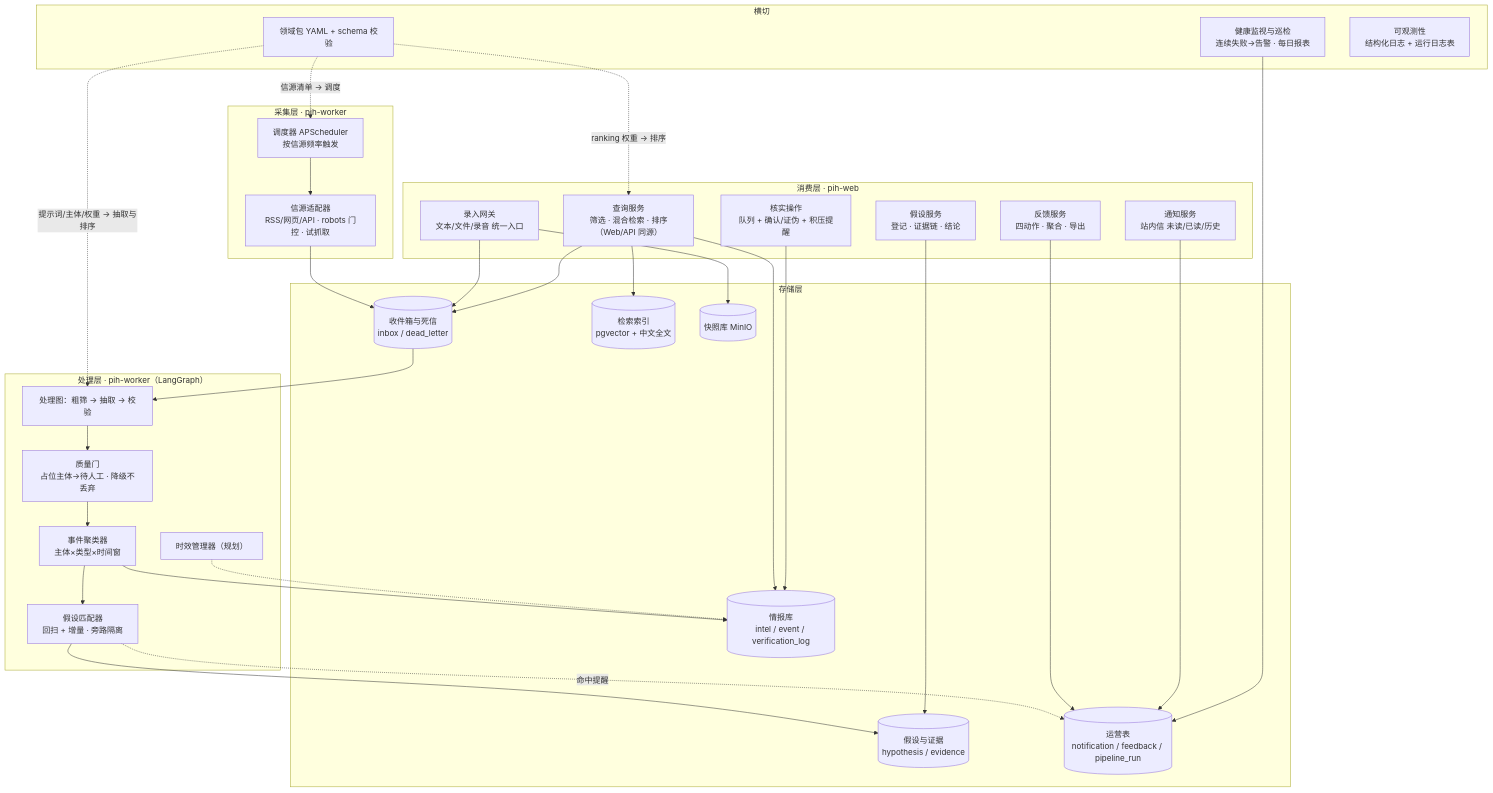
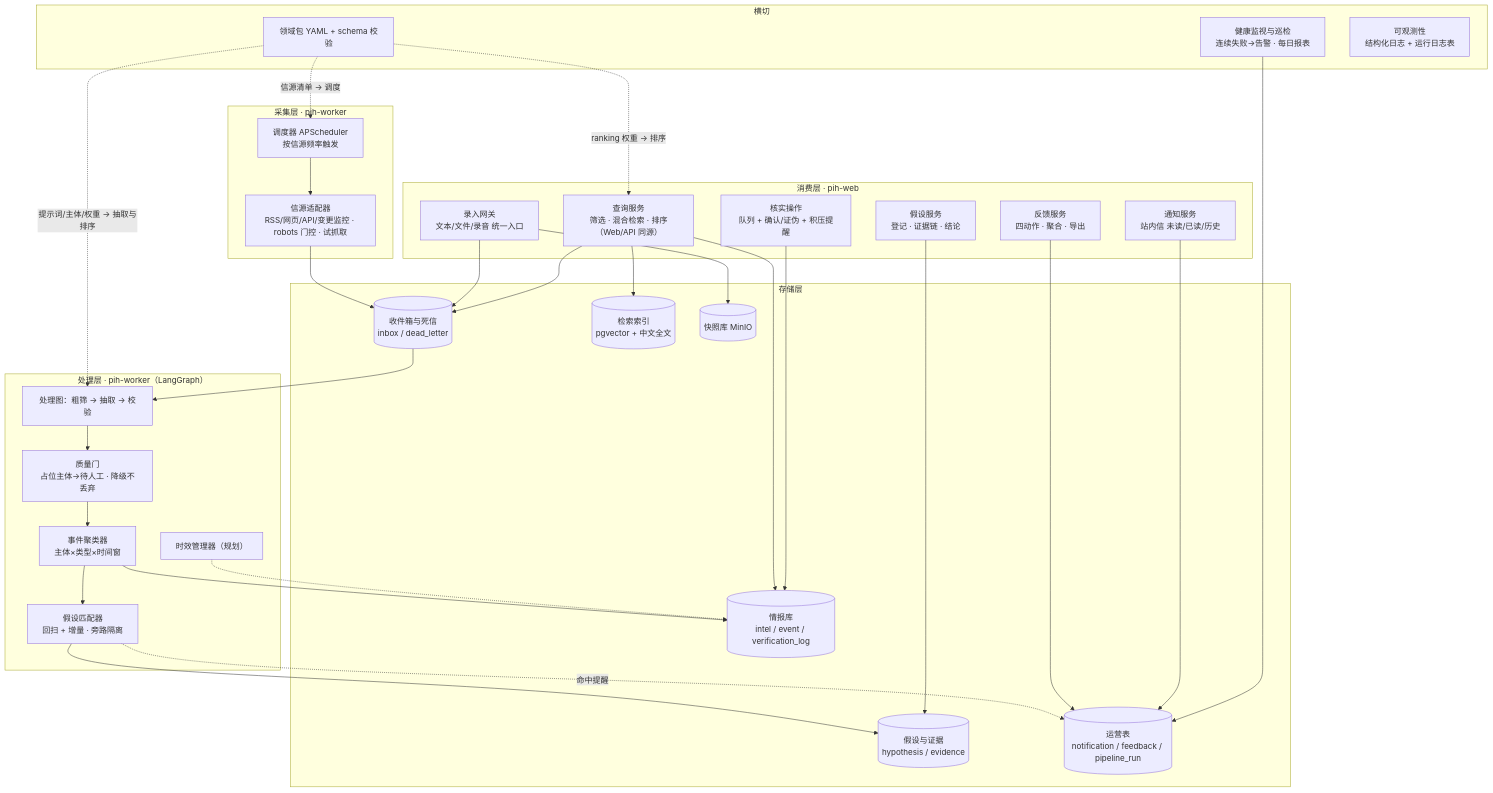
Before and after one commit to leoricmaster/pih: the third of 10 diagrams in backlog/docs/doc-2 - 架构设计-Architecture.md, drawn with Mermaid. The commit also changed other lines of this file and 3 other files, not shown here.

````diff
--- a/backlog/docs/doc-2 - 架构设计-Architecture.md
+++ b/backlog/docs/doc-2 - 架构设计-Architecture.md
@@ -107,52 +107,52 @@
 ```mermaid
 flowchart TB
     subgraph CONSUME["消费层 · pih-web"]
         QS["查询服务<br/>筛选 · 混合检索 · 排序（Web/API 同源）"]
         VF["核实操作<br/>队列 + 确认/证伪 + 积压提醒"]
         HP["假设服务<br/>登记 · 证据链 · 结论"]
         IGW["录入网关<br/>文本/文件/录音 统一入口"]
         FB["反馈服务<br/>四动作 · 聚合 · 导出"]
         NT["通知服务<br/>站内信 未读/已读/历史"]
     end
     subgraph STORE["存储层"]
         IL[("情报库<br/>intel / event / verification_log")]
         HY[("假设与证据<br/>hypothesis / evidence")]
         IB[("收件箱与死信<br/>inbox / dead_letter")]
         IX[("检索索引<br/>pgvector + 中文全文")]
         OPS[("运营表<br/>notification / feedback / pipeline_run")]
         SN[("快照库 MinIO")]
     end
     subgraph PROCESS["处理层 · pih-worker（LangGraph）"]
         GR["处理图：粗筛 → 抽取 → 校验"]
         QG["质量门<br/>占位主体→待人工 · 降级不丢弃"]
         CL["事件聚类器<br/>主体×类型×时间窗"]
         HM["假设匹配器<br/>回扫 + 增量 · 旁路隔离"]
         TM["时效管理器（规划）"]
     end
     subgraph COLLECT["采集层 · pih-worker"]
         SC["调度器 APScheduler<br/>按信源频率触发"]
-        AD["信源适配器<br/>RSS/网页/API · robots 门控 · 试抓取"]
+        AD["信源适配器<br/>RSS/网页/API/变更监控 · robots 门控 · 试抓取"]
     end
     subgraph CROSS["横切"]
         PK["领域包 YAML + schema 校验"]
         HLT["健康监视与巡检<br/>连续失败→告警 · 每日报表"]
         OBS["可观测性<br/>结构化日志 + 运行日志表"]
     end
     SC --> AD --> IB --> GR --> QG --> CL --> IL
     CL --> HM --> HY
     HM -.->|"命中提醒"| OPS
     IGW --> IB
     IGW --> SN
     QS --> IB
     QS --> IL
     QS --> IX
     VF --> IL
     HP --> HY
     FB --> OPS
     NT --> OPS
     HLT --> OPS
     TM -.-> IL
     PK -.->|"信源清单 → 调度"| SC
     PK -.->|"提示词/主体/权重 → 抽取与排序"| GR
     PK -.->|"ranking 权重 → 排序"| QS
 ```
````
